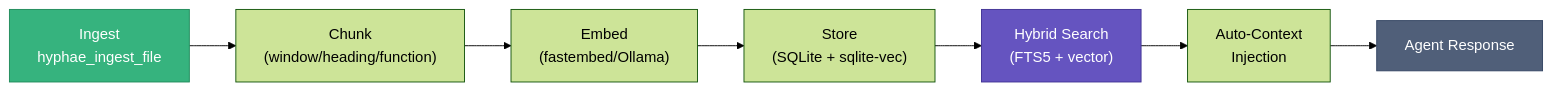
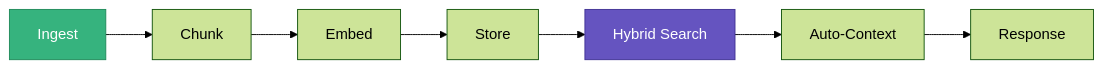
One commit to basidiocarp/.github changed the second of 4 diagrams in profile/README.md. Above: the diagram before and after it, drawn with Mermaid (forest theme). The commit also changed other lines of this file, not shown here.

````diff
--- a/profile/README.md
+++ b/profile/README.md
@@ -82,13 +84,6 @@
 ```mermaid
 flowchart LR
-    Ingest["Ingest<br/>hyphae_ingest_file"] --> Chunk["Chunk<br/>(window/heading/function)"]
-    Chunk --> Embed["Embed<br/>(fastembed/Ollama)"]
-    Embed --> Store["Store<br/>(SQLite + sqlite-vec)"]
-    Store --> Search["Hybrid Search<br/>(FTS5 + vector)"]
-    Search --> Context["Auto-Context<br/>Injection"]
-    Context --> Agent["Agent Response"]
-
+    Ingest["Ingest"] --> Chunk["Chunk"] --> Embed["Embed"] --> Store["Store"] --> Search["Hybrid Search"] --> Context["Auto-Context"] --> Agent["Response"]
     style Ingest fill:#36b37e,stroke:#1f8a5a,color:#fff
     style Search fill:#6554c0,stroke:#403294,color:#fff
-    style Agent fill:#505f79,stroke:#344563,color:#fff
 ```
````
